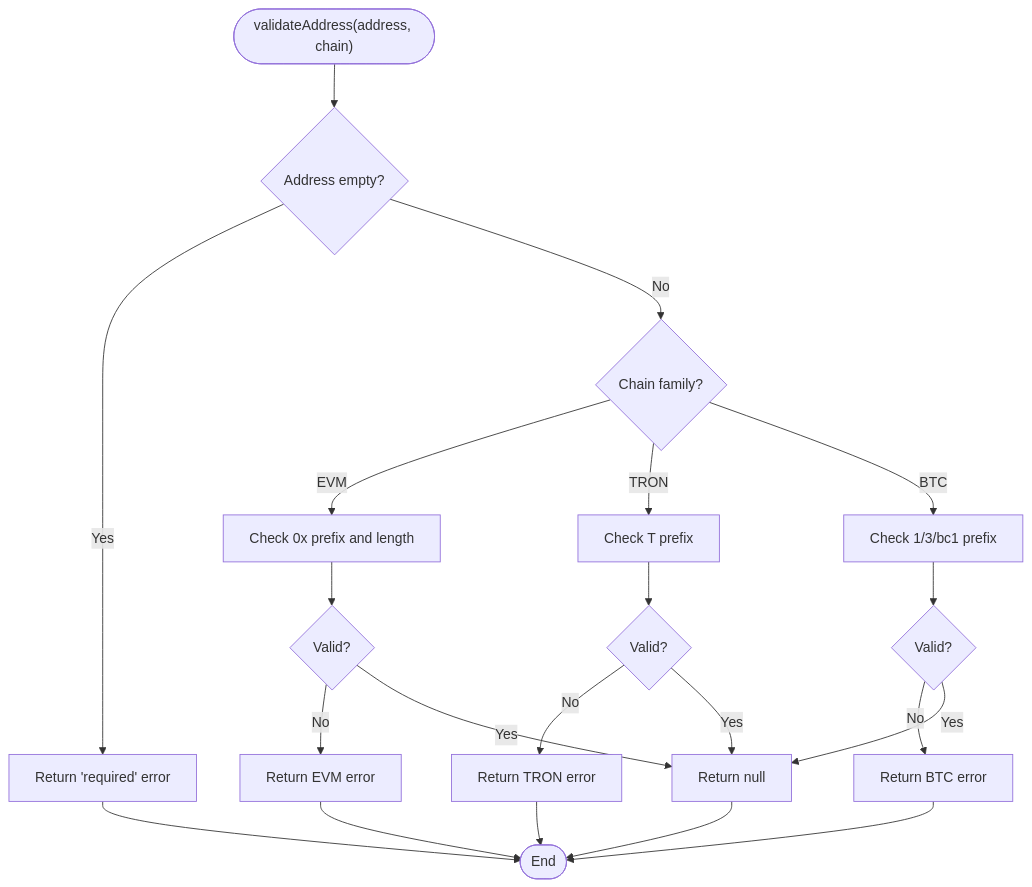
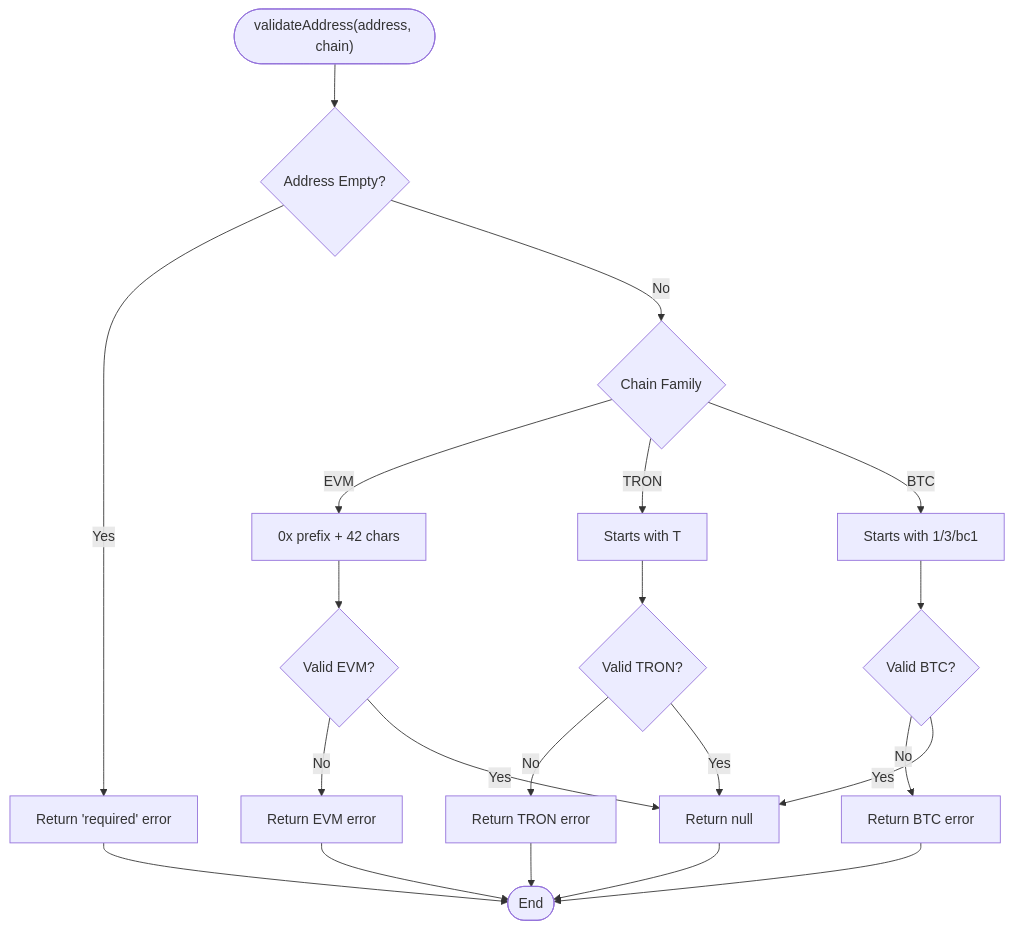
Before and after one commit to KaranMakani/deposit-fixer: the sixth of 8 diagrams in .qoder/repowiki/en/content/Technical Architecture/Technical Architecture.md, drawn with Mermaid. The commit also changed other lines of this file and 10 other files, not shown here.

````diff
--- a/.qoder/repowiki/en/content/Technical Architecture/Technical Architecture.md
+++ b/.qoder/repowiki/en/content/Technical Architecture/Technical Architecture.md
@@ -238,23 +284,23 @@
 ```mermaid
 flowchart TD
-Start(["validateAddress(address, chain)"]) --> CheckEmpty{"Address empty?"}
-CheckEmpty --> |Yes| ReqErr["Return 'required' error"]
-CheckEmpty --> |No| CheckChain{"Chain family?"}
-CheckChain --> |EVM| EVMSpecs["Check 0x prefix and length"]
-CheckChain --> |TRON| TronSpecs["Check T prefix"]
-CheckChain --> |BTC| BTCSpecs["Check 1/3/bc1 prefix"]
-EVMSpecs --> ValidEVM{"Valid?"}
-TronSpecs --> ValidTron{"Valid?"}
-BTCSpecs --> ValidBTC{"Valid?"}
-ValidEVM --> |No| ErrEVM["Return EVM error"]
-ValidTron --> |No| ErrTron["Return TRON error"]
-ValidBTC --> |No| ErrBTC["Return BTC error"]
-ValidEVM --> |Yes| Ok["Return null"]
-ValidTron --> |Yes| Ok
-ValidBTC --> |Yes| Ok
-ReqErr --> End(["End"])
-ErrEVM --> End
-ErrTron --> End
-ErrBTC --> End
-Ok --> End
+Start(["validateAddress(address, chain)"]) --> CheckEmpty{"Address Empty?"}
+CheckEmpty --> |Yes| ReturnRequired["Return 'required' error"]
+CheckEmpty --> |No| CheckChain{"Chain Family"}
+CheckChain --> |EVM| CheckEVM["0x prefix + 42 chars"]
+CheckChain --> |TRON| CheckTRON["Starts with T"]
+CheckChain --> |BTC| CheckBTC["Starts with 1/3/bc1"]
+CheckEVM --> EVMValid{"Valid EVM?"}
+CheckTRON --> TRONValid{"Valid TRON?"}
+CheckBTC --> BTCValid{"Valid BTC?"}
+EVMValid --> |No| ReturnEVM["Return EVM error"]
+EVMValid --> |Yes| ReturnNull["Return null"]
+TRONValid --> |No| ReturnTRON["Return TRON error"]
+TRONValid --> |Yes| ReturnNull
+BTCValid --> |No| ReturnBTC["Return BTC error"]
+BTCValid --> |Yes| ReturnNull
+ReturnRequired --> End(["End"])
+ReturnEVM --> End
+ReturnTRON --> End
+ReturnBTC --> End
+ReturnNull --> End
 ```
````
